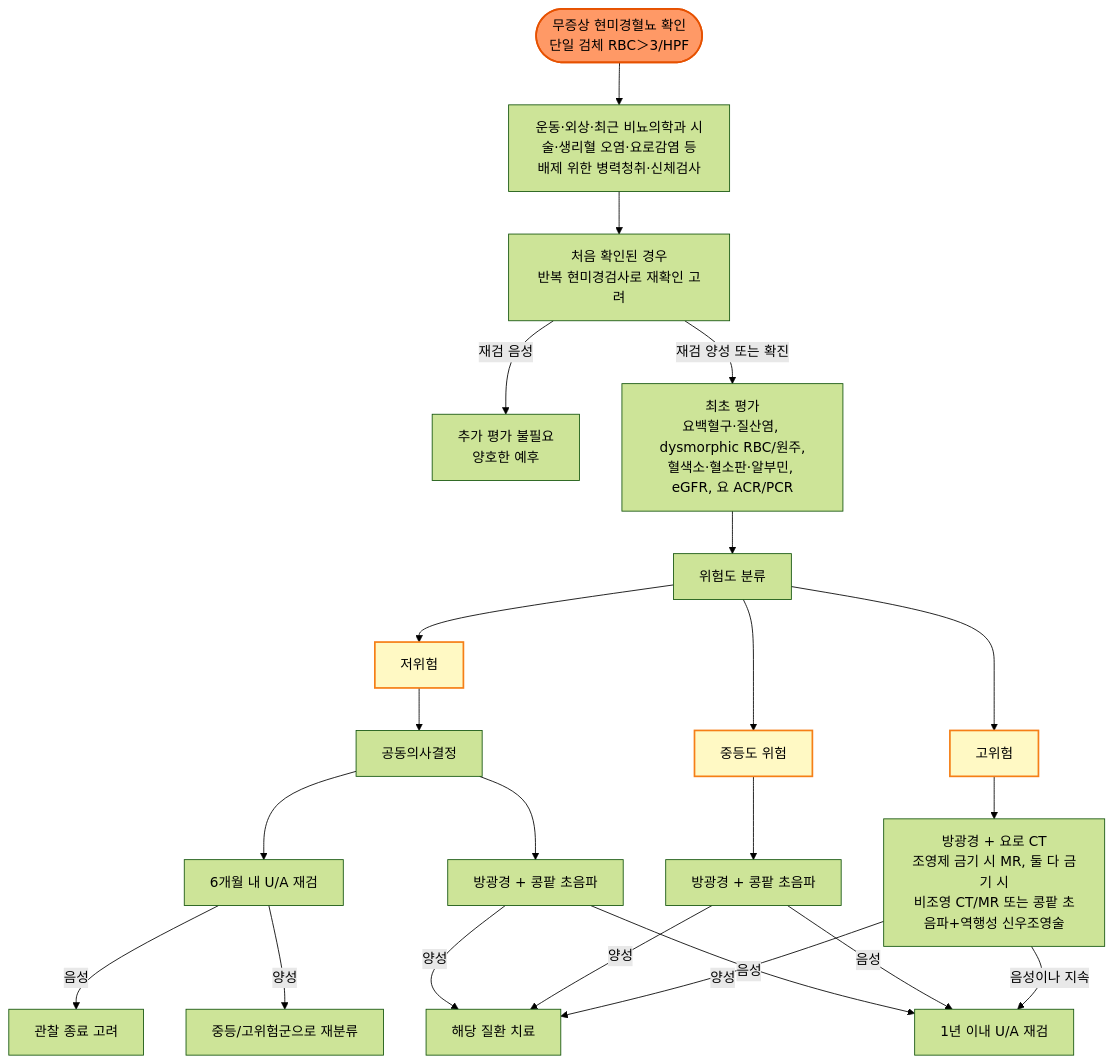
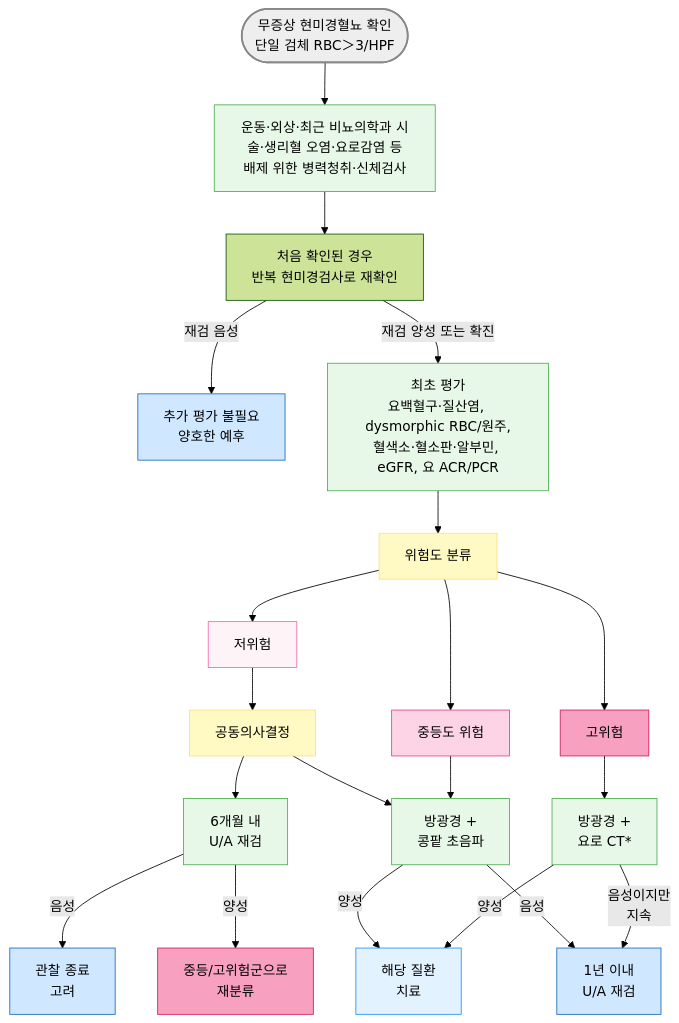
Before and after one commit to familyoh77/familyoh77: the diagram in 227_/110_-hematuria.md, drawn with Mermaid (forest theme). The commit also changed other lines of this file, not shown here.

Commit message:
GITBOOK-1260: No subject

````diff
--- a/227_/110_-hematuria.md
+++ b/227_/110_-hematuria.md
@@ -144,33 +144,38 @@
 ```mermaid
 graph TD
     A([무증상 현미경혈뇨 확인<br>단일 검체 RBC＞3/HPF]) --> B[운동·외상·최근 비뇨의학과 시술·생리혈 오염·요로감염 등<br>배제 위한 병력청취·신체검사]
-    B --> C[처음 확인된 경우<br>반복 현미경검사로 재확인 고려]
+    B --> C[처음 확인된 경우<br>반복 현미경검사로 재확인]
     C -->|재검 음성| C1[추가 평가 불필요<br>양호한 예후]
     C -->|재검 양성 또는 확진| D0[최초 평가<br>요백혈구·질산염, dysmorphic RBC/원주,<br>혈색소·혈소판·알부민, eGFR, 요 ACR/PCR]
     D0 --> D[위험도 분류]
-
     D --> E[저위험]
     D --> F[중등도 위험]
     D --> G[고위험]
 
     E --> E1[공동의사결정]
-    E1 --> E2[6개월 내 U/A 재검]
-    E1 --> E3[방광경 + 콩팥 초음파]
-    E2 -->|음성| E4[관찰 종료 고려]
-    E2 -->|양성| G0[중등/고위험군으로 재분류]
-    E3 -->|양성| H1[해당 질환 치료]
-    E3 -->|음성| F2[1년 이내 U/A 재검]
+    E1 --> E2[6개월 내 <br>U/A 재검]
+    E1 --> CYS[방광경 + <br>콩팥 초음파]
+    E2 -->|음성| E4[관찰 종료 <br>고려]
+    E2 -->|양성| G0[중등/고위험군으로<br> 재분류]
+    F --> CYS
+    CYS -->|양성| H1[해당 질환 <br>치료]
+    CYS -->|음성| F2[1년 이내 <br>U/A 재검]
 
-    F --> F1[방광경 + 콩팥 초음파]
-    F1 -->|양성| H1
-    F1 -->|음성| F2
+    G --> G1[방광경 + <br>요로 CT*]
+    G1 -->|양성| H1
+    G1 -->|음성이지만 <br>지속| F2
 
-    G --> G1[방광경 + 요로 CT<br>조영제 금기 시 MR, 둘 다 금기 시<br>비조영 CT/MR 또는 콩팥 초음파+역행성 신우조영술]
-    G1 -->|양성| H1
-    G1 -->|음성이나 지속| F2
-
-    style A fill:#f96,stroke:#e65100,stroke-width:2px
-    style E fill:#fff9c4,stroke:#f57f17,stroke-width:2px
-    style F fill:#fff9c4,stroke:#f57f17,stroke-width:2px
-    style G fill:#fff9c4,stroke:#f57f17,stroke-width:2px
+style A fill:#eeeeee,stroke:#888888,stroke-width:2px
+classDef lightGreen fill:#e8f8e8,stroke:#4caf50
+class B,D0,E2,E4,CYS,G1 lightGreen
+classDef blue fill:#d0e8ff,stroke:#1a6abf
+class C1,E4,F2 blue
+classDef sky fill:#e3f2ff,stroke:#2196f3
+class H1 sky
+classDef yellow fill:#fff9c4,stroke:#ffe082
+class E1,D yellow
+style E fill:#fef4f8,stroke:#f06baf
+style F fill:#fcd4e6,stroke:#e0448e
+style G fill:#f8a0c0,stroke:#d01f5a
+style G0 fill:#f8a0c0,stroke:#d01f5a
 ```
````
